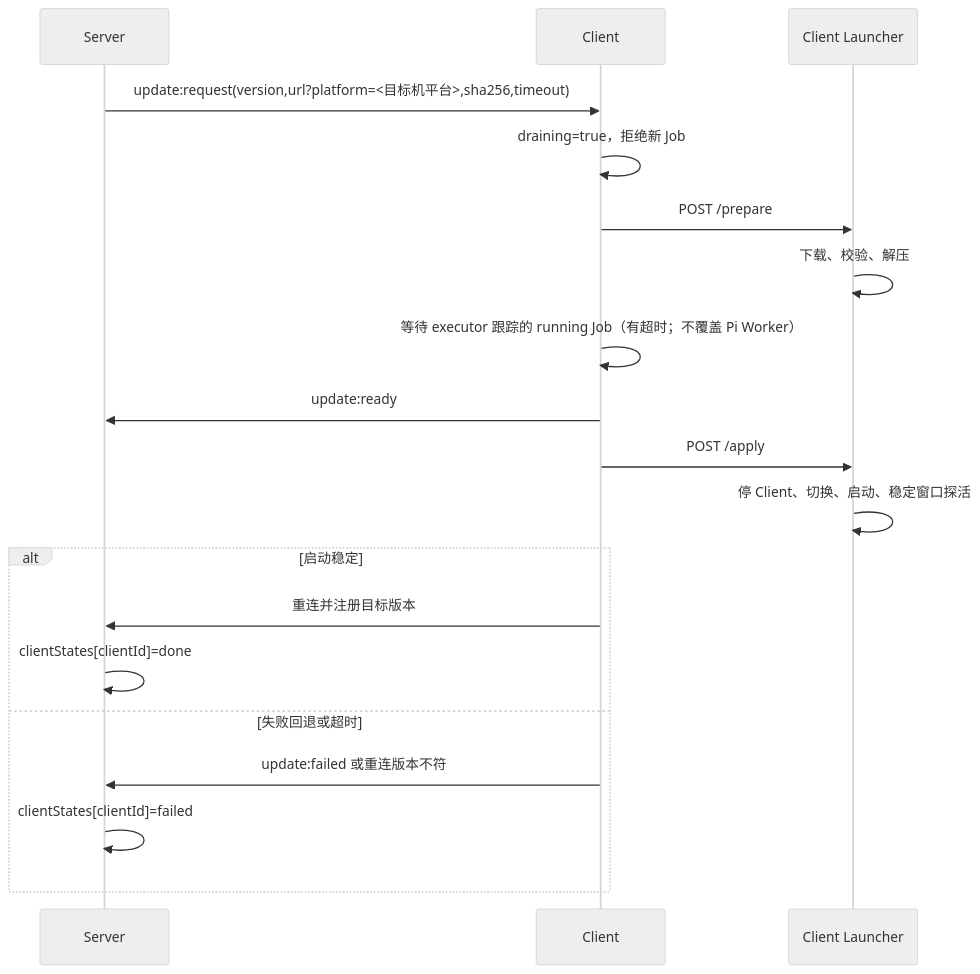
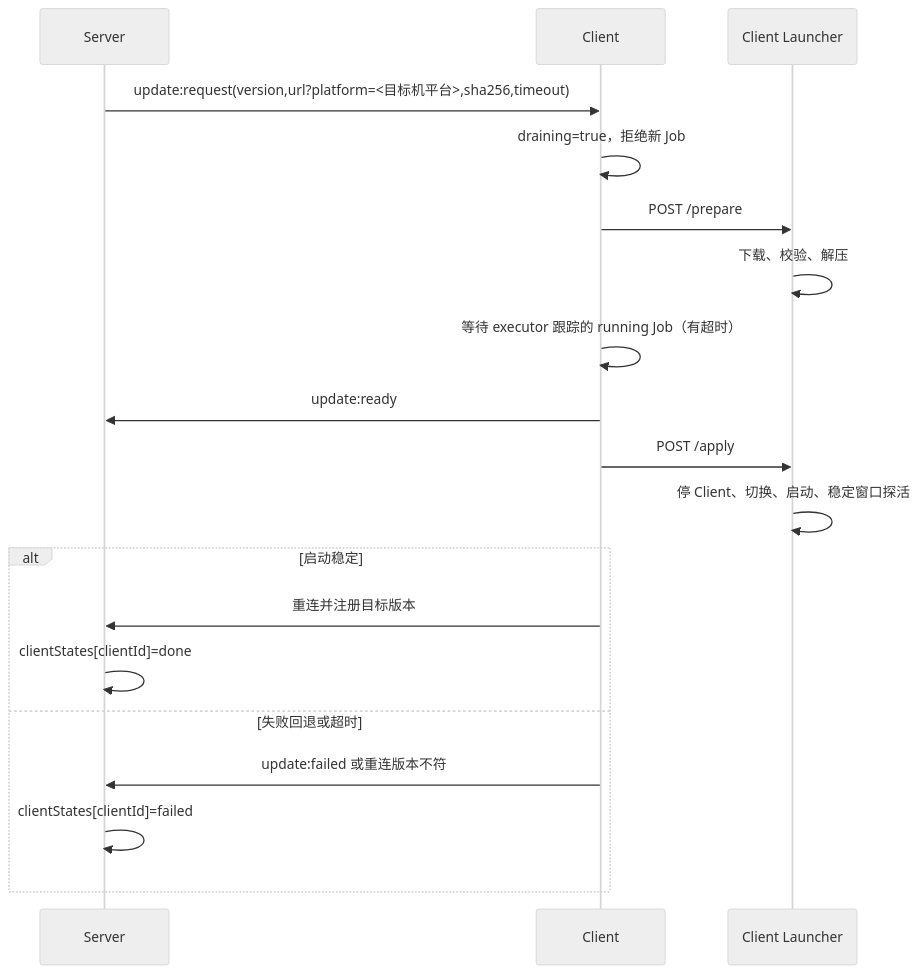
Before and after one commit to xuzhen97/VCPDeck: the third of 3 diagrams in docs/design/release-and-update.md, drawn with Mermaid (neutral theme). The commit also changed other lines of this file and 399 other files, not shown here.

````diff
--- a/docs/design/release-and-update.md
+++ b/docs/design/release-and-update.md
@@ -227,22 +227,22 @@
 ```mermaid
 sequenceDiagram
     participant S as Server
     participant C as Client
     participant L as Client Launcher
 
     S->>C: update:request(version,url?platform=<目标机平台>,sha256,timeout)
     C->>C: draining=true，拒绝新 Job
     C->>L: POST /prepare
     L->>L: 下载、校验、解压
-    C->>C: 等待 executor 跟踪的 running Job（有超时；不覆盖 Pi Worker）
+    C->>C: 等待 executor 跟踪的 running Job（有超时）
     C->>S: update:ready
     C->>L: POST /apply
     L->>L: 停 Client、切换、启动、稳定窗口探活
     alt 启动稳定
         C->>S: 重连并注册目标版本
         S->>S: clientStates[clientId]=done
     else 失败回退或超时
         C->>S: update:failed 或重连版本不符
         S->>S: clientStates[clientId]=failed
     end
 ```
````
